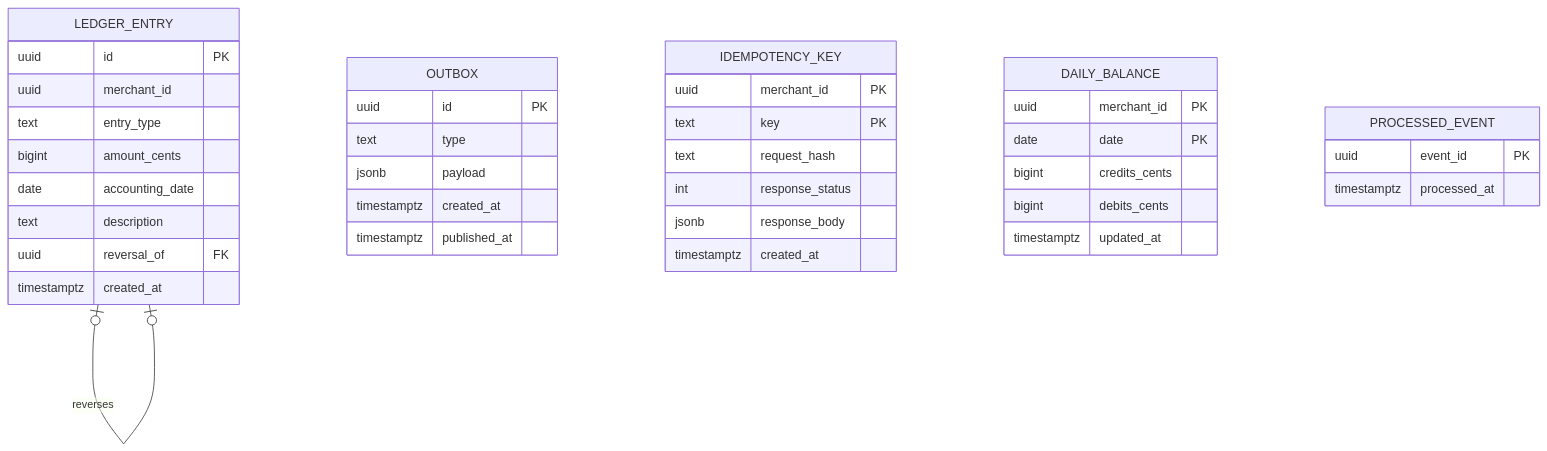
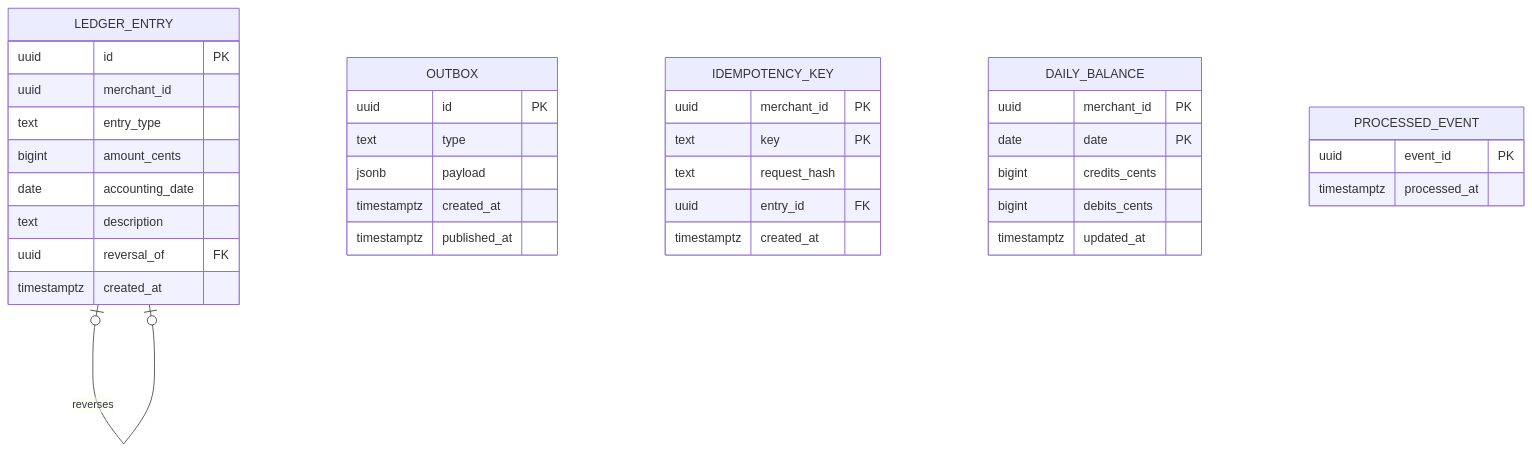
One commit to adrielcodeco/daily-cash-flow changed diagram 12 of 12 in docs/03-arquitetura-alvo.md. Above: the diagram before and after it, drawn with Mermaid. The commit also changed other lines of this file and 59 other files, not shown here.

````diff
--- a/docs/03-arquitetura-alvo.md
+++ b/docs/03-arquitetura-alvo.md
@@ -251,40 +251,39 @@
 ```mermaid
 erDiagram
     LEDGER_ENTRY {
         uuid id PK
         uuid merchant_id
         text entry_type
         bigint amount_cents
         date accounting_date
         text description
         uuid reversal_of FK
         timestamptz created_at
     }
     OUTBOX {
         uuid id PK
         text type
         jsonb payload
         timestamptz created_at
         timestamptz published_at
     }
     IDEMPOTENCY_KEY {
         uuid merchant_id PK
         text key PK
         text request_hash
-        int response_status
-        jsonb response_body
+        uuid entry_id FK
         timestamptz created_at
     }
     DAILY_BALANCE {
         uuid merchant_id PK
         date date PK
         bigint credits_cents
         bigint debits_cents
         timestamptz updated_at
     }
     PROCESSED_EVENT {
         uuid event_id PK
         timestamptz processed_at
     }
     LEDGER_ENTRY |o--o| LEDGER_ENTRY : reverses
 ```
````
